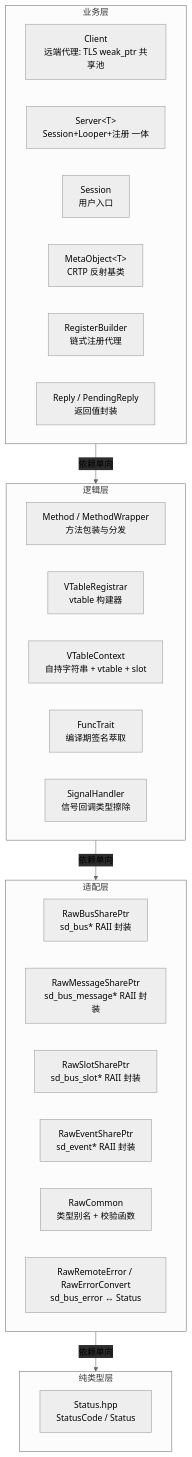
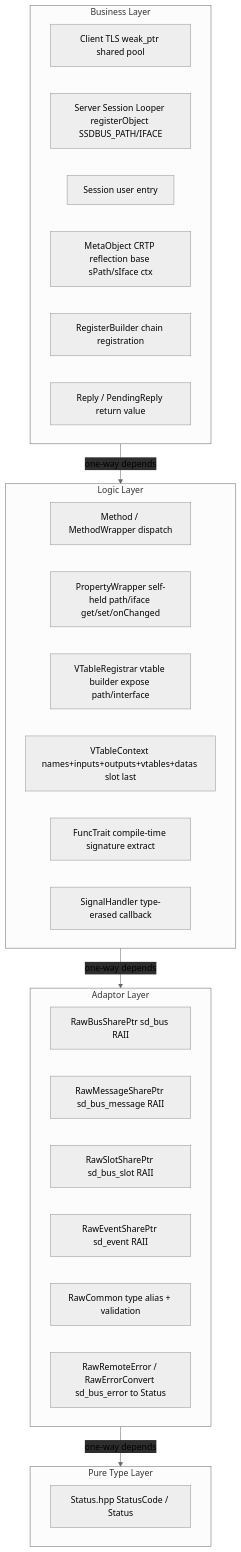
Before and after one commit to soul-science/dbusxx: the first of 2 diagrams in plan.md, drawn with Mermaid. The commit also changed other lines of this file and 11 other files, not shown here.

````diff
--- a/plan.md
+++ b/plan.md
@@ -162,37 +166,38 @@
 ```mermaid
 %%{init: {'theme': 'neutral', 'themeVariables': { 'edgeLabelBackground':'#2d2d2d' }}}%%
 graph TD
-    subgraph 业务层["业务层"]
-        Client["Client<br/>远端代理: TLS weak_ptr 共享池"]
-        Server["Server&lt;T&gt;<br/>Session+Looper+注册 一体"]
-        Session["Session<br/>用户入口"]
-        MetaObject["MetaObject&lt;T&gt;<br/>CRTP 反射基类"]
-        RegisterBuilder["RegisterBuilder<br/>链式注册代理"]
-        Reply["Reply / PendingReply<br/>返回值封装"]
+    subgraph 业务层["Business Layer"]
+        Client["Client TLS weak_ptr shared pool"]
+        Server["Server Session Looper registerObject SSDBUS_PATH/IFACE"]
+        Session["Session user entry"]
+        MetaObject["MetaObject CRTP reflection base sPath/sIface ctx"]
+        RegisterBuilder["RegisterBuilder chain registration"]
+        Reply["Reply / PendingReply return value"]
     end
 
-    subgraph 逻辑层["逻辑层"]
-        Method["Method / MethodWrapper<br/>方法包装与分发"]
-        VTableRegistrar["VTableRegistrar<br/>vtable 构建器"]
-        VTableContext["VTableContext<br/>自持字符串 + vtable + slot"]
-        FuncTrait["FuncTrait<br/>编译期签名萃取"]
-        SignalHandler["SignalHandler<br/>信号回调类型擦除"]
+    subgraph 逻辑层["Logic Layer"]
+        Method["Method / MethodWrapper dispatch"]
+        PropertyWrapper["PropertyWrapper self-held path/iface get/set/onChanged"]
+        VTableRegistrar["VTableRegistrar vtable builder expose path/interface"]
+        VTableContext["VTableContext names+inputs+outputs+vtables+datas slot last"]
+        FuncTrait["FuncTrait compile-time signature extract"]
+        SignalHandler["SignalHandler type-erased callback"]
     end
 
-    subgraph 适配层["适配层"]
-        RawBus["RawBusSharePtr<br/>sd_bus* RAII 封装"]
-        RawMsg["RawMessageSharePtr<br/>sd_bus_message* RAII 封装"]
-        RawSlot["RawSlotSharePtr<br/>sd_bus_slot* RAII 封装"]
-        RawEvent["RawEventSharePtr<br/>sd_event* RAII 封装"]
-        RawCommon["RawCommon<br/>类型别名 + 校验函数"]
-        RawError["RawRemoteError / RawErrorConvert<br/>sd_bus_error ↔ Status"]
+    subgraph 适配层["Adaptor Layer"]
+        RawBus["RawBusSharePtr sd_bus RAII"]
+        RawMsg["RawMessageSharePtr sd_bus_message RAII"]
+        RawSlot["RawSlotSharePtr sd_bus_slot RAII"]
+        RawEvent["RawEventSharePtr sd_event RAII"]
+        RawCommon["RawCommon type alias + validation"]
+        RawError["RawRemoteError / RawErrorConvert sd_bus_error to Status"]
     end
 
-    subgraph 纯类型层["纯类型层"]
-        Status["Status.hpp<br/>StatusCode / Status"]
+    subgraph 纯类型层["Pure Type Layer"]
+        Status["Status.hpp StatusCode / Status"]
     end
 
-    业务层 -->|依赖单向| 逻辑层
-    逻辑层 -->|依赖单向| 适配层
-    适配层 -->|依赖单向| 纯类型层
+    业务层 -->|one-way depends| 逻辑层
+    逻辑层 -->|one-way depends| 适配层
+    适配层 -->|one-way depends| 纯类型层
 ```
````
